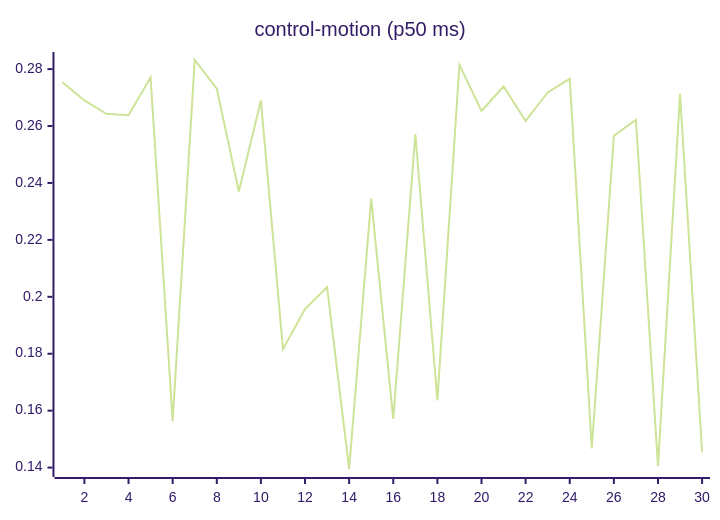
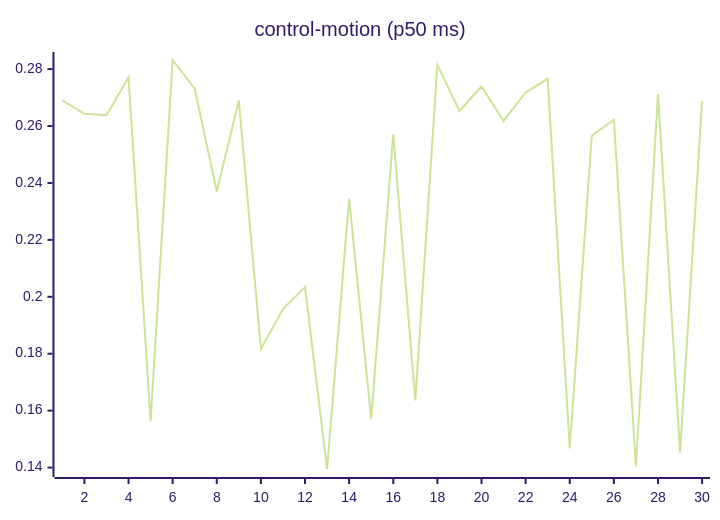
Before and after one commit to josha/Facet: the seventh of 27 diagrams in README.md, drawn with Mermaid (forest theme). The commit also changed other lines of this file and 2 other files, not shown here.

````diff
--- a/README.md
+++ b/README.md
@@ -105,6 +105,6 @@
 ```mermaid
 xychart-beta
     title "control-motion (p50 ms)"
     x-axis 1 --> 30
-    line [0.2754, 0.2690, 0.2643, 0.2638, 0.2771, 0.1563, 0.2832, 0.2731, 0.2370, 0.2690, 0.1816, 0.1957, 0.2034, 0.1395, 0.2345, 0.1571, 0.2571, 0.1636, 0.2815, 0.2653, 0.2739, 0.2618, 0.2718, 0.2766, 0.1467, 0.2566, 0.2622, 0.1405, 0.2712, 0.1454]
+    line [0.2690, 0.2643, 0.2638, 0.2771, 0.1563, 0.2832, 0.2731, 0.2370, 0.2690, 0.1816, 0.1957, 0.2034, 0.1395, 0.2345, 0.1571, 0.2571, 0.1636, 0.2815, 0.2653, 0.2739, 0.2618, 0.2718, 0.2766, 0.1467, 0.2566, 0.2622, 0.1405, 0.2712, 0.1454, 0.2688]
 ```
````
